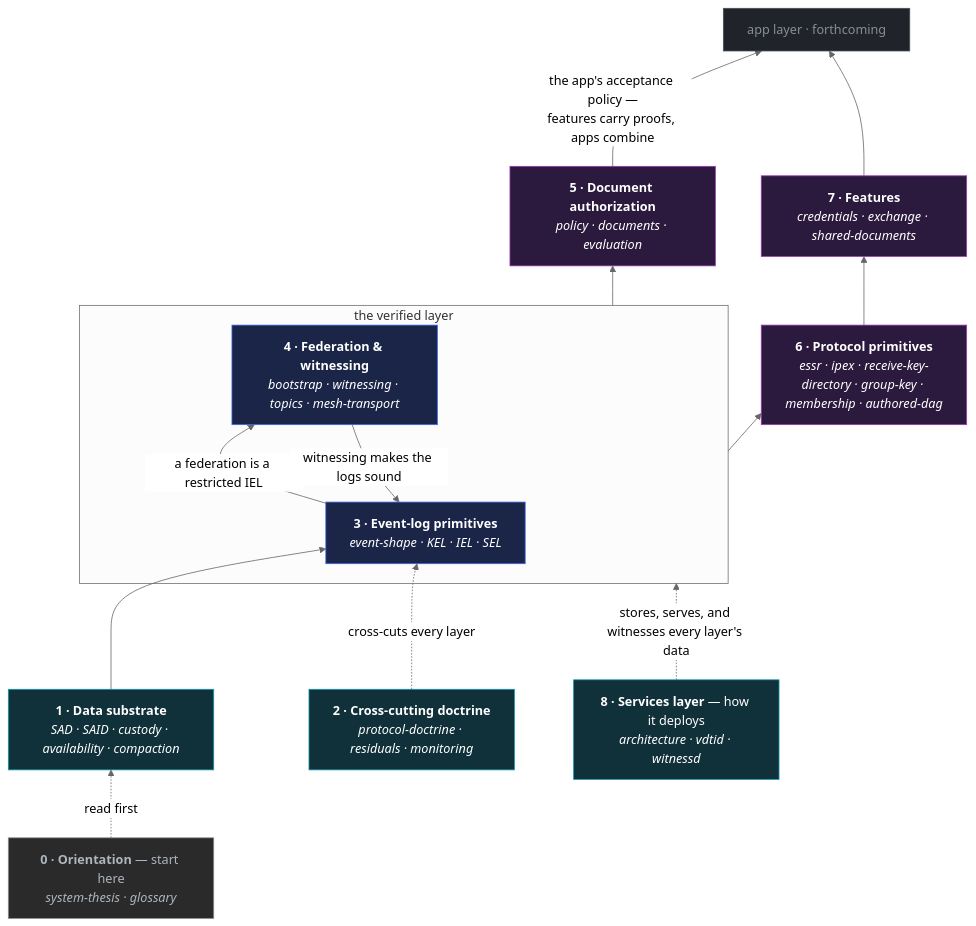
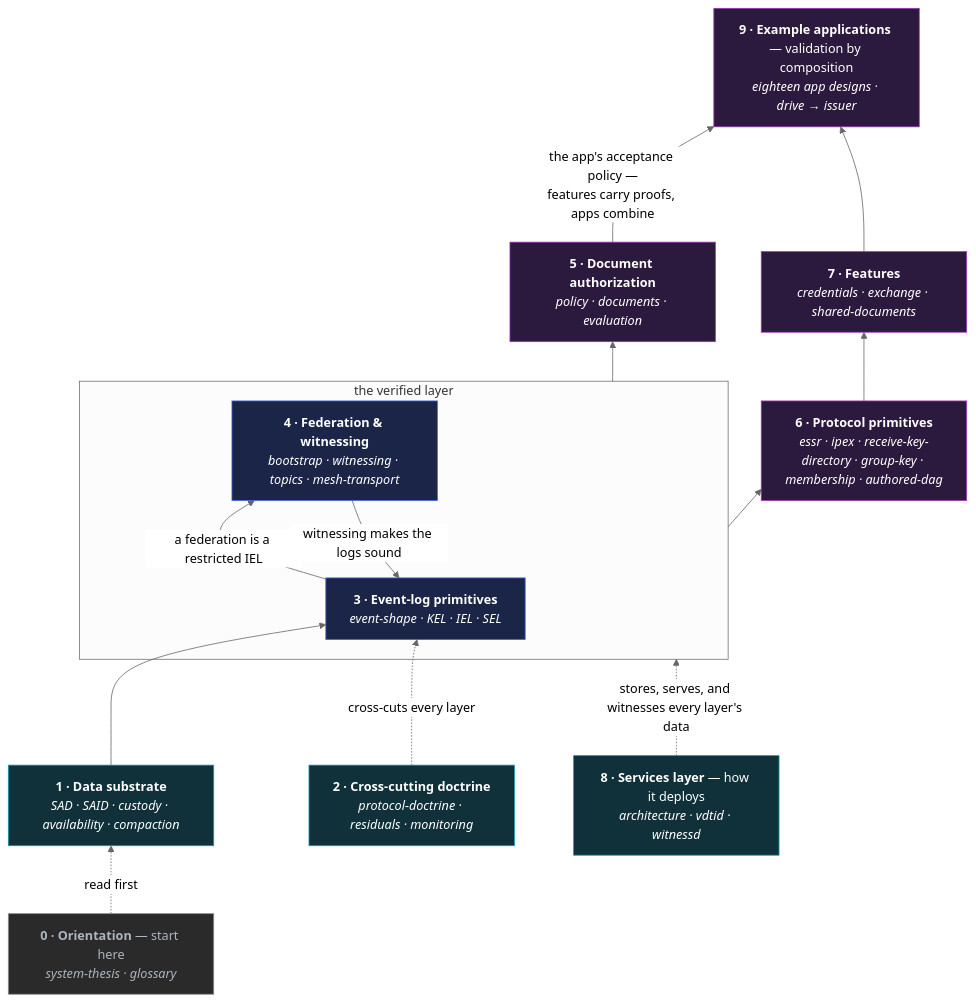
One commit to jasoncolburne/vdti changed the diagram in docs/design/README.md. Above: the diagram before and after it, drawn with Mermaid (neutral theme). The commit also changed other lines of this file and 44 other files, not shown here.

Commit message:
#34: Example application designs (#35)

````diff
--- a/docs/design/README.md
+++ b/docs/design/README.md
@@ -58,33 +58,33 @@
 ```mermaid
 flowchart BT
   L0["<b>0 · Orientation</b> — start here<br/><i>system-thesis · glossary</i>"]:::orient
   L1["<b>1 · Data substrate</b><br/><i>SAD · SAID · custody · availability · compaction</i>"]:::found
   L2["<b>2 · Cross-cutting doctrine</b><br/><i>protocol-doctrine · residuals · monitoring</i>"]:::found
   subgraph verified["the verified layer"]
     L3["<b>3 · Event-log primitives</b><br/><i>event-shape · KEL · IEL · SEL</i>"]:::core
     L4["<b>4 · Federation &amp; witnessing</b><br/><i>bootstrap · witnessing · topics · mesh-transport</i>"]:::core
   end
   L5["<b>5 · Document authorization</b><br/><i>policy · documents · evaluation</i>"]:::compose
   L6["<b>6 · Protocol primitives</b><br/><i>essr · ipex · receive-key-directory · group-key · membership · authored-dag</i>"]:::compose
   L7["<b>7 · Features</b><br/><i>credentials · exchange · shared-documents</i>"]:::compose
-  L8["app layer · forthcoming"]:::future
+  L8["<b>9 · Example applications</b> — validation by composition<br/><i>eighteen app designs · drive → issuer</i>"]:::compose
 
   L0 -.->|read first| L1
   L1 --> L3
   L2 -.->|cross-cuts every layer| L3
   L4 -->|witnessing makes the logs sound| L3
   L3 -->|a federation is a restricted IEL| L4
   verified --> L5
   verified --> L6
   L6 --> L7
   L5 -->|"the app's acceptance policy —<br/>features carry proofs, apps combine"| L8
   L7 --> L8
   LS["<b>8 · Services layer</b> — how it deploys<br/><i>architecture · vdtid · witnessd</i>"]:::found
   LS -.->|"stores, serves, and witnesses every layer's data"| verified
 
   classDef orient fill:#2a2a2a,stroke:#868e96,color:#adb5bd
   classDef found fill:#10303a,stroke:#1098ad,color:#fff
   classDef core fill:#1a2547,stroke:#4263eb,color:#fff
   classDef compose fill:#2b1a3d,stroke:#9c36b5,color:#fff
   classDef future fill:#20242a,stroke:#495057,color:#868e96
 ```
````
